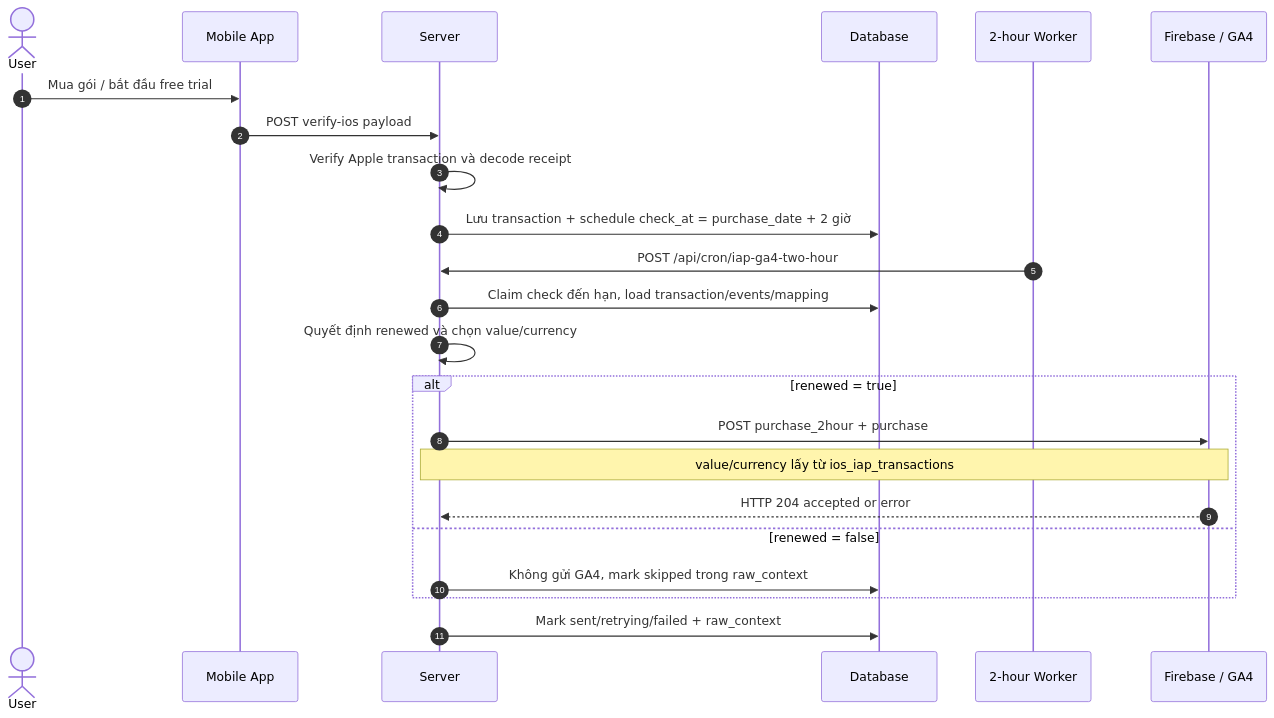
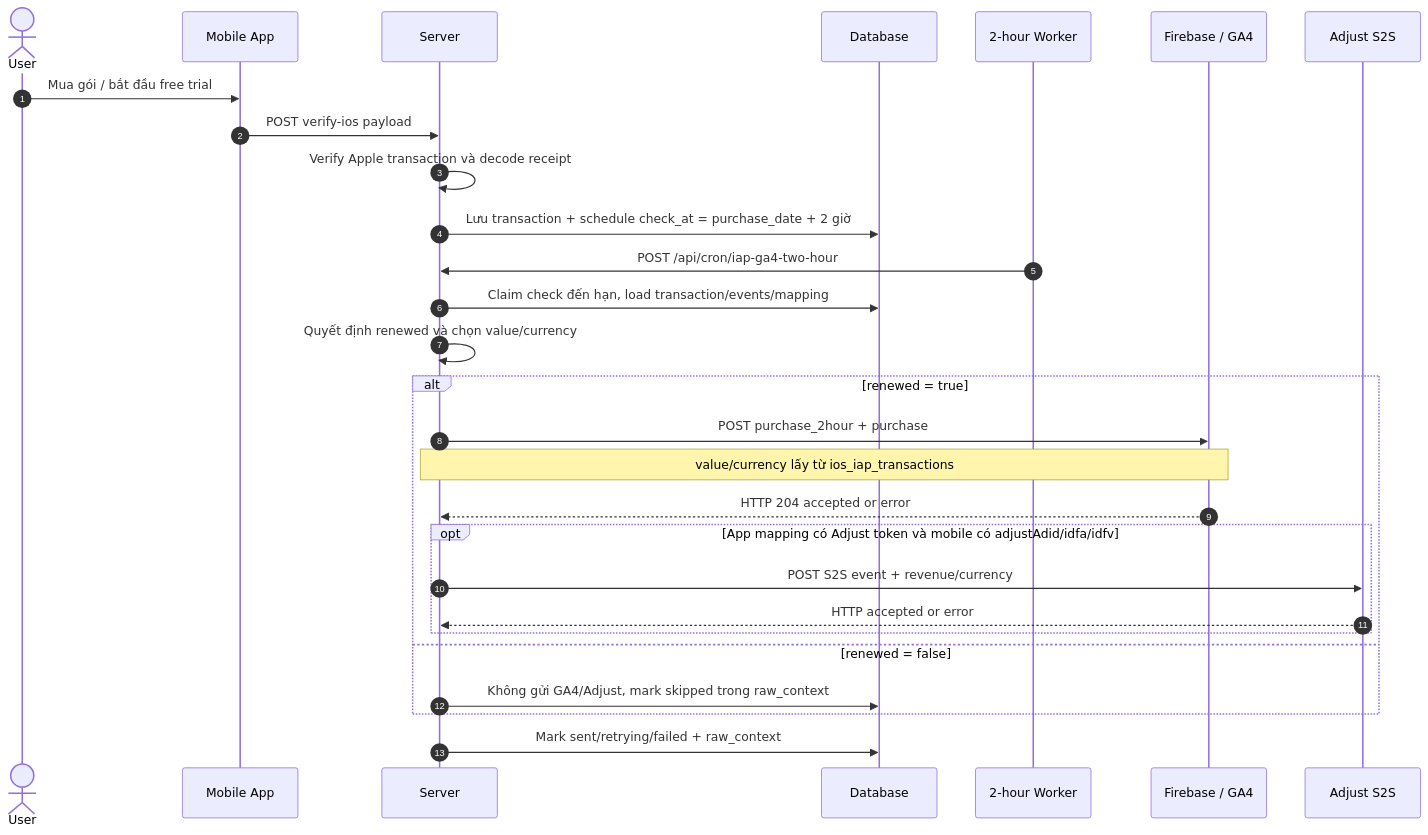
One commit to Limgrow-Server/System-tracking-Fox-Limgrow changed diagram 15 of 19 in docs/feature-sequence-flows.md. Above: the diagram before and after it, drawn with Mermaid. The commit also changed other lines of this file and 19 other files, not shown here.

Commit message:
feat(iap): config push event adjust

````diff
--- a/docs/feature-sequence-flows.md
+++ b/docs/feature-sequence-flows.md
@@ -472,26 +472,31 @@
 ```mermaid
 sequenceDiagram
   autonumber
   actor User as User
   participant Mobile as Mobile App
   participant Server as Server
   participant DB as Database
   participant Worker as 2-hour Worker
   participant Firebase as Firebase / GA4
+  participant Adjust as Adjust S2S
 
   User->>Mobile: Mua gói / bắt đầu free trial
   Mobile->>Server: POST verify-ios payload
   Server->>Server: Verify Apple transaction và decode receipt
   Server->>DB: Lưu transaction + schedule check_at = purchase_date + 2 giờ
   Worker->>Server: POST /api/cron/iap-ga4-two-hour
   Server->>DB: Claim check đến hạn, load transaction/events/mapping
   Server->>Server: Quyết định renewed và chọn value/currency
   alt renewed = true
     Server->>Firebase: POST purchase_2hour + purchase
     Note over Server,Firebase: value/currency lấy từ ios_iap_transactions
     Firebase-->>Server: HTTP 204 accepted or error
+    opt App mapping có Adjust token và mobile có adjustAdid/idfa/idfv
+      Server->>Adjust: POST S2S event + revenue/currency
+      Adjust-->>Server: HTTP accepted or error
+    end
   else renewed = false
-    Server->>DB: Không gửi GA4, mark skipped trong raw_context
+    Server->>DB: Không gửi GA4/Adjust, mark skipped trong raw_context
   end
   Server->>DB: Mark sent/retrying/failed + raw_context
 ```
````
